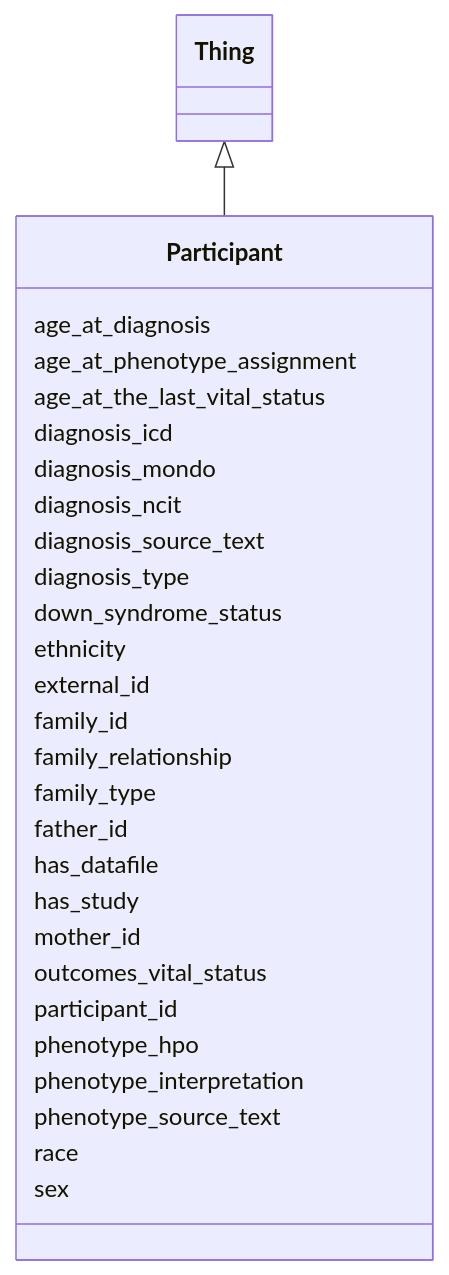
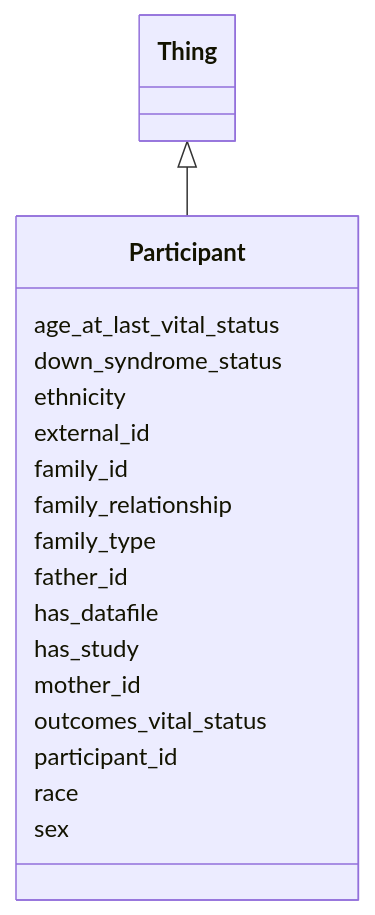
Before and after one commit to include-dcc/include-linkml: the diagram in docs/Participant.md, drawn with Mermaid. The commit also changed other lines of this file and 33 other files, not shown here.

````diff
--- a/docs/Participant.md
+++ b/docs/Participant.md
@@ -13,32 +13,22 @@
 ```mermaid
  classDiagram
       Thing <|-- Participant
       
-      Participant : age_at_diagnosis
-      Participant : age_at_phenotype_assignment
-      Participant : age_at_the_last_vital_status
-      Participant : diagnosis_icd
-      Participant : diagnosis_mondo
-      Participant : diagnosis_ncit
-      Participant : diagnosis_source_text
-      Participant : diagnosis_type
+      Participant : age_at_last_vital_status
       Participant : down_syndrome_status
       Participant : ethnicity
       Participant : external_id
       Participant : family_id
       Participant : family_relationship
       Participant : family_type
       Participant : father_id
       Participant : has_datafile
       Participant : has_study
       Participant : mother_id
       Participant : outcomes_vital_status
       Participant : participant_id
-      Participant : phenotype_hpo
-      Participant : phenotype_interpretation
-      Participant : phenotype_source_text
       Participant : race
       Participant : sex
       
 
 ```
````
